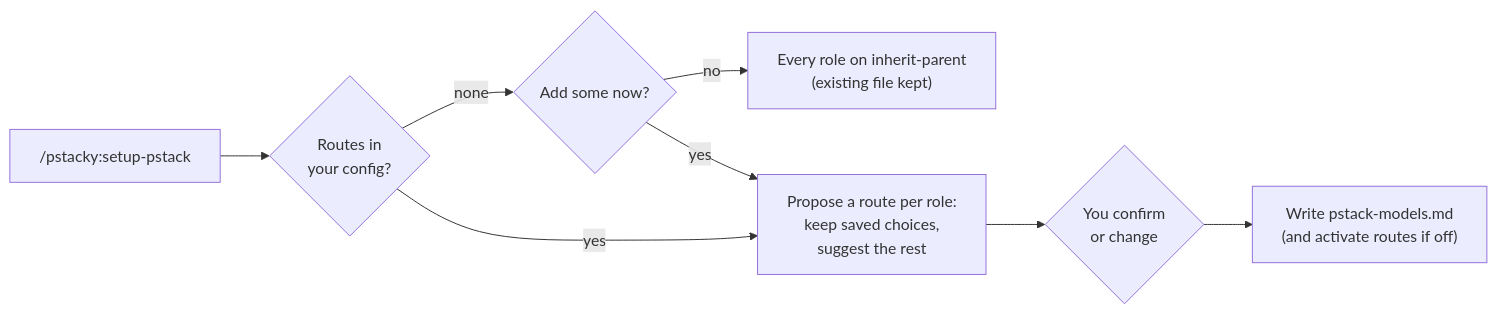
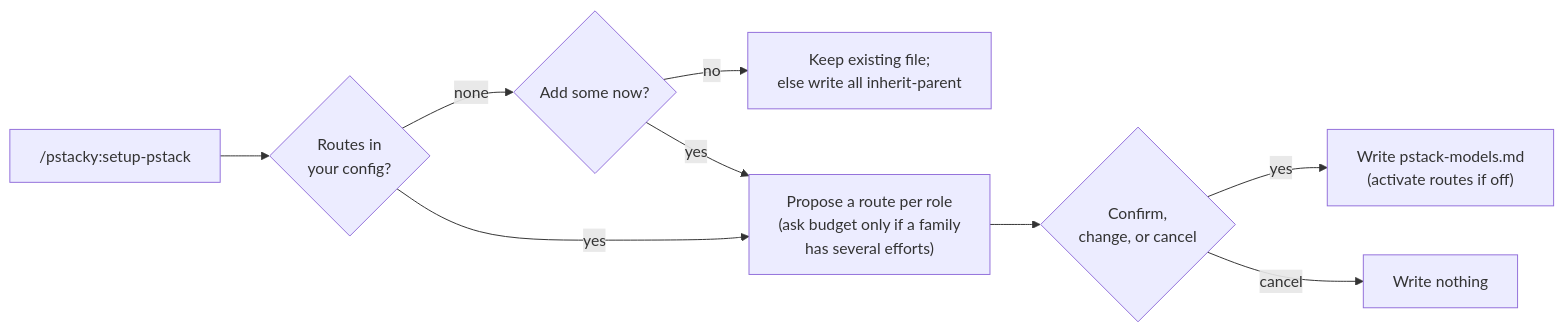
One commit to Trisert/pstacky changed the first of 2 diagrams in README.md. Above: the diagram before and after it, drawn with Mermaid. The commit also changed other lines of this file and 1 other file, not shown here.

First line of the commit message:
fix(setup-pstack): address review findings (budget options, cancel branch, judge pool, diagrams)

````diff
--- a/README.md
+++ b/README.md
@@ -117,10 +118,11 @@
 ```mermaid
 flowchart LR
     A["/pstacky:setup-pstack"] --> R{"Routes in<br/>your config?"}
     R -- none --> K{"Add some now?"}
-    K -- no --> O["Every role on inherit-parent<br/>(existing file kept)"]
+    K -- no --> O["Keep existing file;<br/>else write all inherit-parent"]
     K -- yes --> P
-    R -- yes --> P["Propose a route per role:<br/>keep saved choices,<br/>suggest the rest"]
-    P --> G{"You confirm<br/>or change"}
-    G --> H["Write pstack-models.md<br/>(and activate routes if off)"]
+    R -- yes --> P["Propose a route per role<br/>(ask budget only if a family<br/>has several efforts)"]
+    P --> G{"Confirm,<br/>change, or cancel"}
+    G -- yes --> H["Write pstack-models.md<br/>(activate routes if off)"]
+    G -- cancel --> X["Write nothing"]
 ```
````
